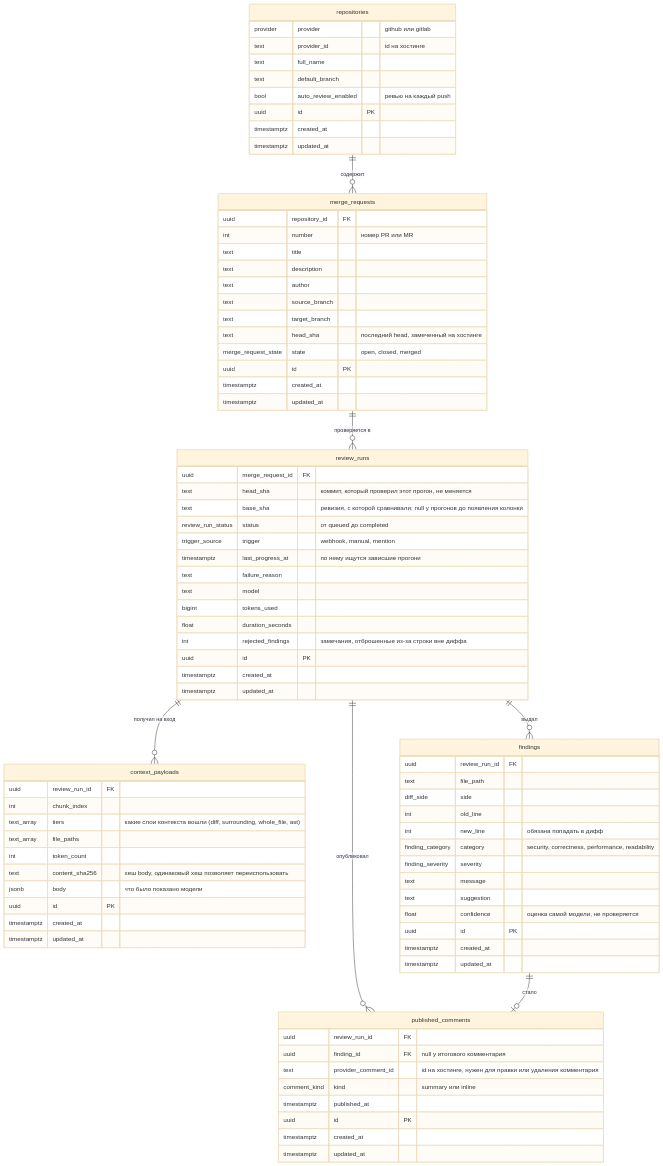
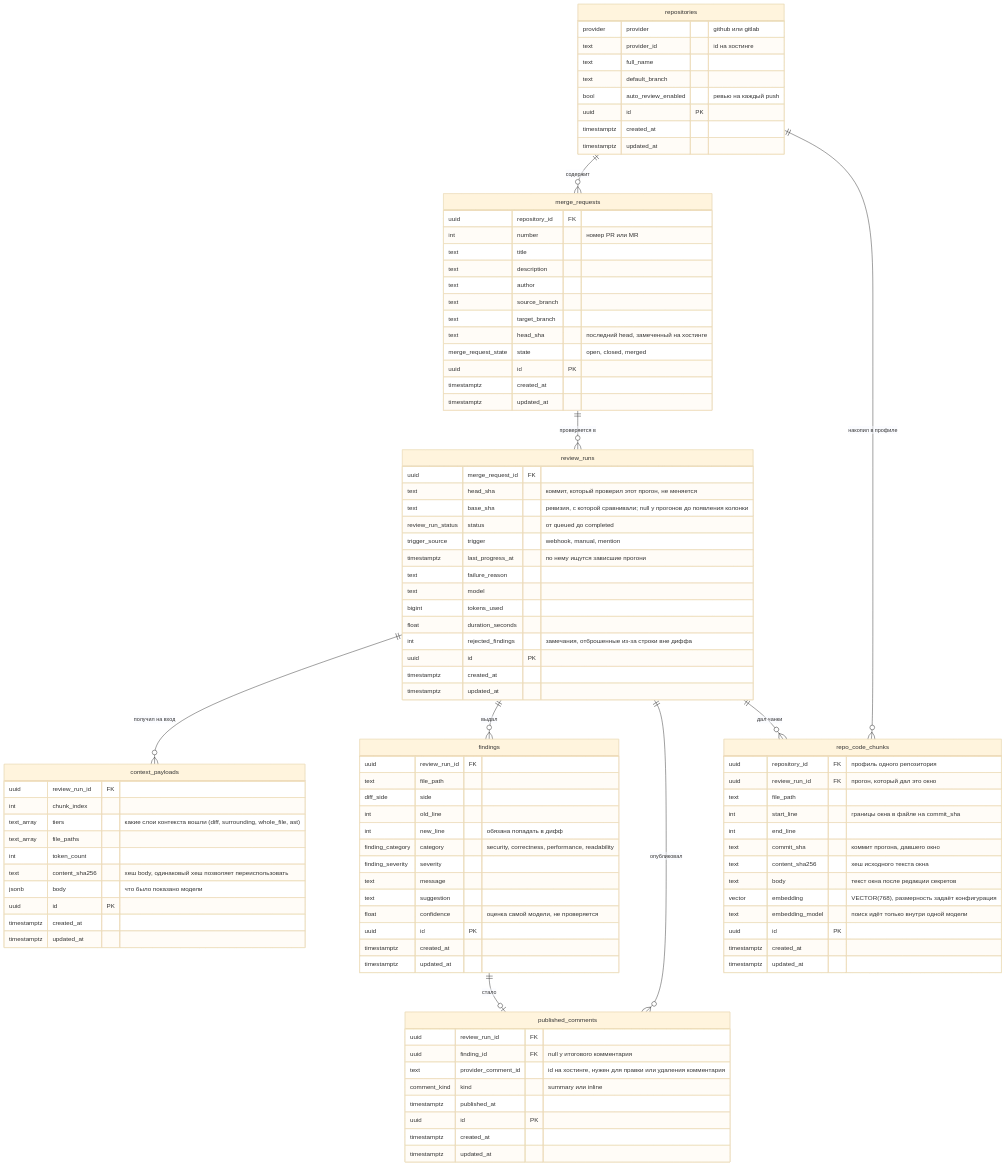
Before and after one commit to larchanka-training/dmc-268-api-t1: the diagram in docs/erd.md, drawn with Mermaid (base theme). The commit also changed other lines of this file and 33 other files, not shown here.

Commit message:
feat: RAG-профиль репозитория — чанки кода с эмбеддингами в pgvector

````diff
--- a/docs/erd.md
+++ b/docs/erd.md
@@ -16,6 +16,8 @@
     review_runs ||--o{ findings : "выдал"
     review_runs ||--o{ published_comments : "опубликовал"
     findings ||--o| published_comments : "стало"
+    repositories ||--o{ repo_code_chunks : "накопил в профиле"
+    review_runs ||--o{ repo_code_chunks : "дал чанки"
 
     repositories {
         provider provider "github или gitlab"
@@ -94,4 +96,19 @@
         timestamptz created_at
         timestamptz updated_at
     }
+    repo_code_chunks {
+        uuid repository_id FK "профиль одного репозитория"
+        uuid review_run_id FK "прогон, который дал это окно"
+        text file_path
+        int start_line "границы окна в файле на commit_sha"
+        int end_line
+        text commit_sha "коммит прогона, давшего окно"
+        text content_sha256 "хеш исходного текста окна"
+        text body "текст окна после редакции секретов"
+        vector embedding "VECTOR(768), размерность задаёт конфигурация"
+        text embedding_model "поиск идёт только внутри одной модели"
+        uuid id PK
+        timestamptz created_at
+        timestamptz updated_at
+    }
 ```
````
